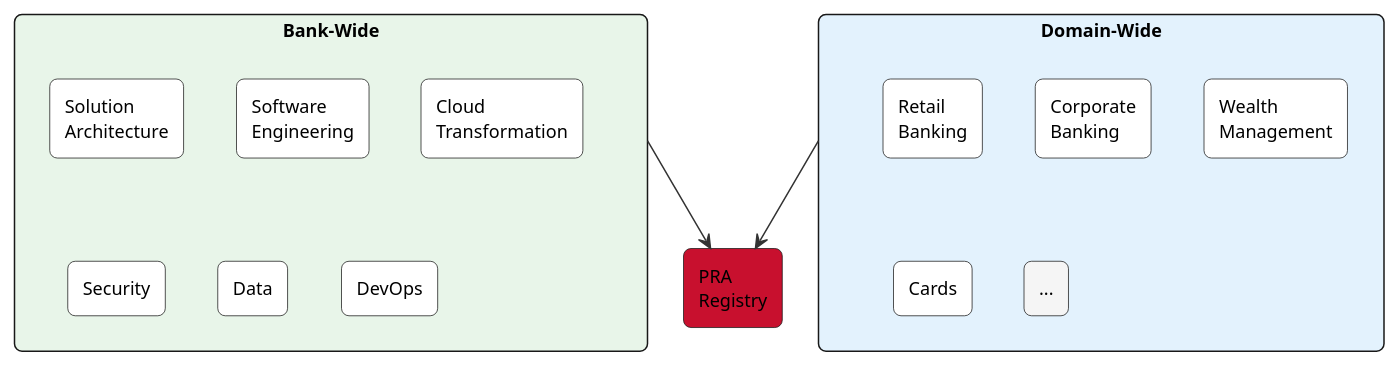
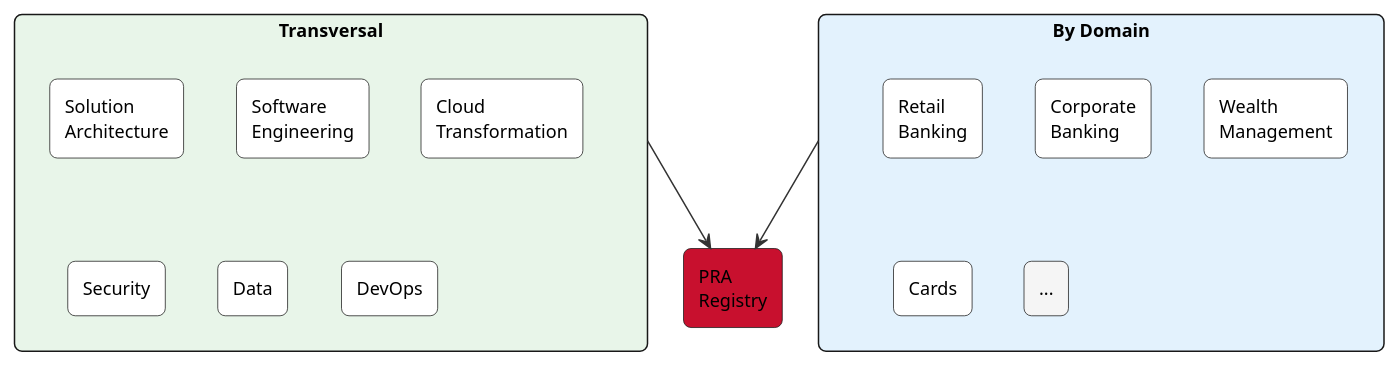
One commit to KiyaliHQ/proven-reusable-architecture changed the third of 6 diagrams in content/pras/en/overview.adoc. Above: the diagram before and after it, drawn with PlantUML. The commit also changed other lines of this file and 98 other files, not shown here.

```diff
--- a/content/pras/en/overview.adoc
+++ b/content/pras/en/overview.adoc
@@ -175,32 +175,32 @@
 [plantuml]
 ----
 @startuml
 skinparam backgroundColor transparent
 skinparam defaultFontSize 12
 skinparam shadowing false
 skinparam roundCorner 10
 skinparam ArrowColor #333333
 
 rectangle "PRA\nRegistry" as reg #c8102e
 
-rectangle "Bank-Wide" as bw #e8f5e9 {
+rectangle "Transversal" as bw #e8f5e9 {
   rectangle "Solution\nArchitecture" as bw1 #ffffff
   rectangle "Software\nEngineering" as bw2 #ffffff
   rectangle "Cloud\nTransformation" as bw3 #ffffff
   rectangle "Security" as bw4 #ffffff
   rectangle "Data" as bw5 #ffffff
   rectangle "DevOps" as bw6 #ffffff
 }
 
-rectangle "Domain-Wide" as dw #e3f2fd {
+rectangle "By Domain" as dw #e3f2fd {
   rectangle "Retail\nBanking" as dw1 #ffffff
   rectangle "Corporate\nBanking" as dw2 #ffffff
   rectangle "Wealth\nManagement" as dw3 #ffffff
   rectangle "Cards" as dw4 #ffffff
   rectangle "..." as dw5 #f5f5f5
 }
 
 bw --> reg
 dw --> reg
 @enduml
 ----
```
